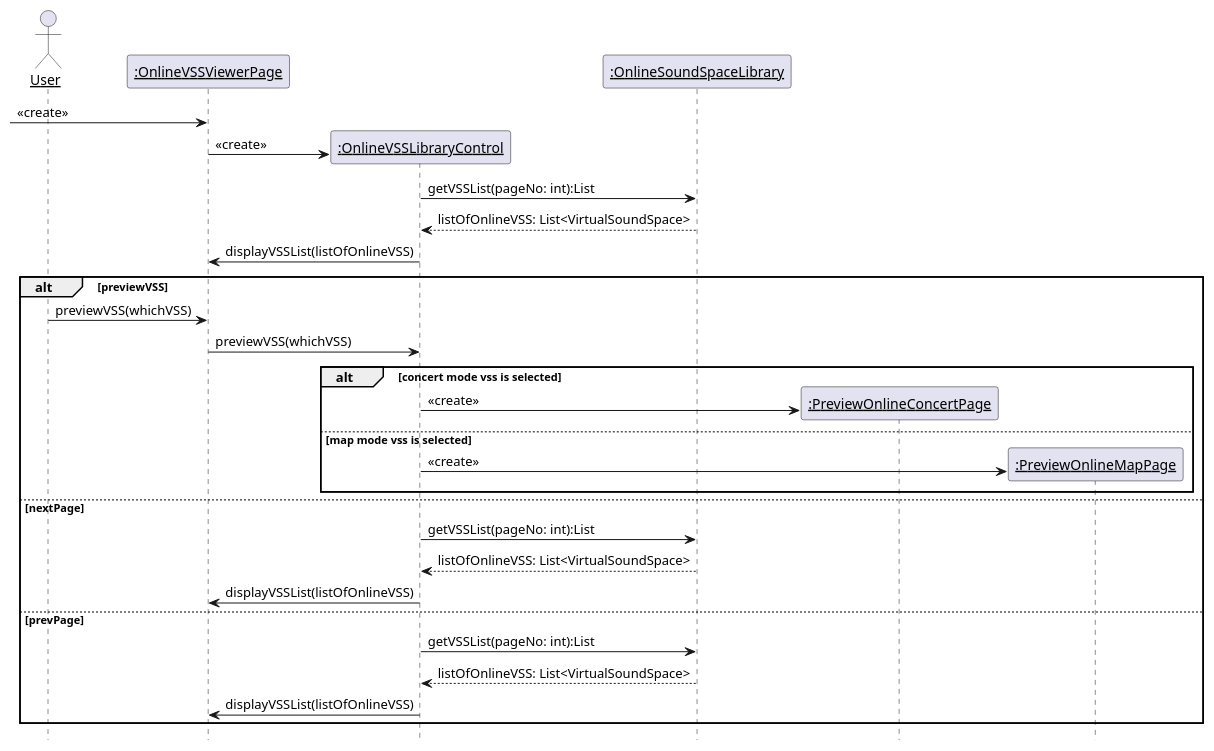
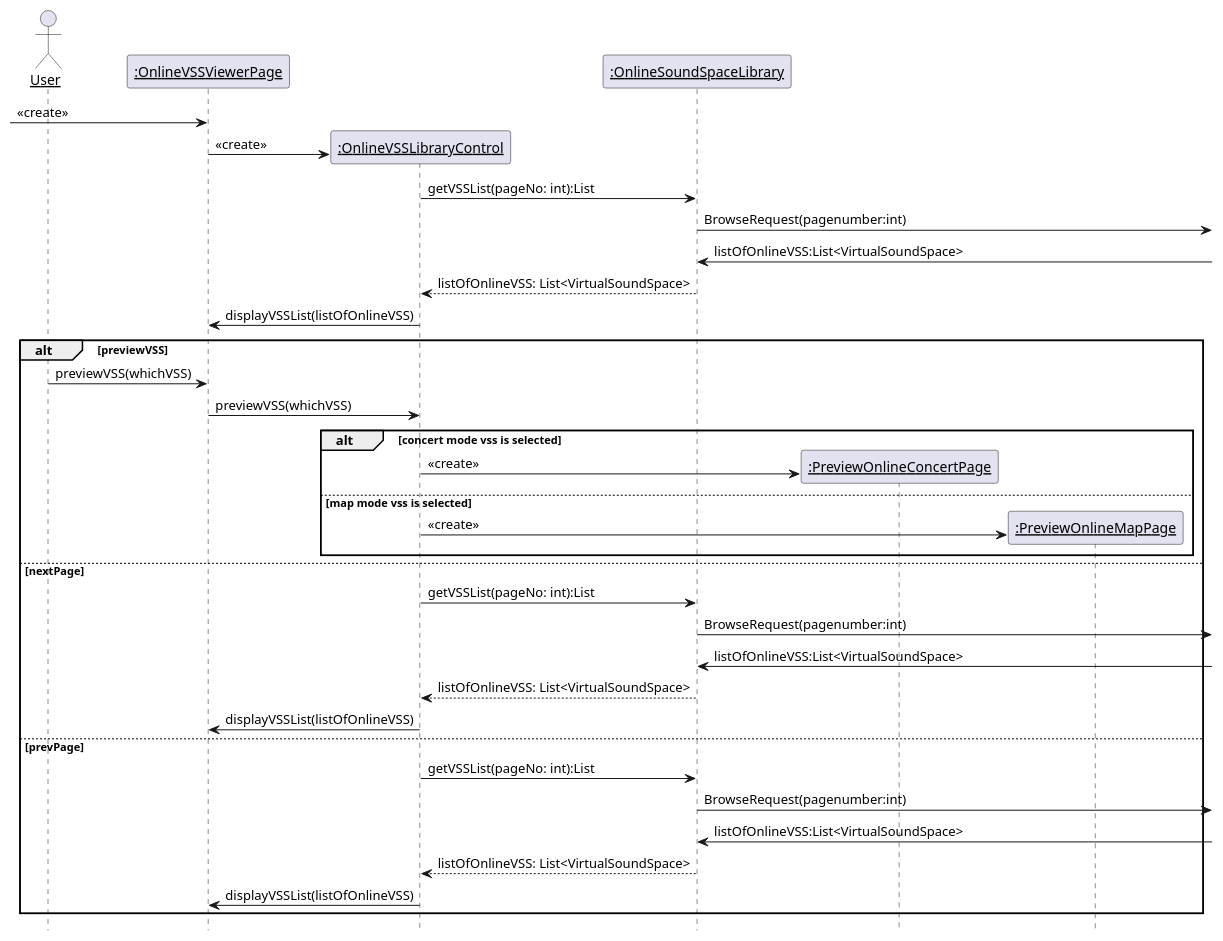
Before and after one commit to kpp19920121/doc: diagram 29 of 31 in 设计/顺序图.md, drawn with PlantUML. The commit also changed other lines of this file, not shown here.

Commit message:
补全了顺序图

````diff
--- a/设计/顺序图.md
+++ b/设计/顺序图.md
@@ -952,44 +1062,50 @@
 ```PlantUML
 @startuml Diagrams/BrowseOnlineVSSLibrary
 hide footbox
 skinparam sequenceParticipant underline
 
 actor User as user
 participant ":OnlineVSSViewerPage" as page
 participant ":OnlineVSSLibraryControl" as control
 participant ":OnlineSoundSpaceLibrary" as library
 
 
 
 create page
 [-> page: <<create>>
 create control
 page -> control: <<create>>
 control -> library: getVSSList(pageNo: int):List
+library->:BrowseRequest(pagenumber:int)
+library<-:listOfOnlineVSS:List<VirtualSoundSpace>
 library --> control: listOfOnlineVSS: List<VirtualSoundSpace>
 control -> page: displayVSSList(listOfOnlineVSS)
 alt previewVSS
     user -> page: previewVSS(whichVSS)
     page -> control: previewVSS(whichVSS)
     alt concert mode vss is selected
         participant ":PreviewOnlineConcertPage" as pocp
         create pocp
         control -> pocp: <<create>>
     else map mode vss is selected
         participant ":PreviewOnlineMapPage" as pomp
         create pomp
         control -> pomp: <<create>>
 
     end
 else nextPage
     control -> library: getVSSList(pageNo: int):List
+    library->:BrowseRequest(pagenumber:int)
+    library<-:listOfOnlineVSS:List<VirtualSoundSpace>
     library --> control: listOfOnlineVSS: List<VirtualSoundSpace>
     control -> page: displayVSSList(listOfOnlineVSS)
 else prevPage
     control -> library: getVSSList(pageNo: int):List
+    library->:BrowseRequest(pagenumber:int)
+    library<-:listOfOnlineVSS:List<VirtualSoundSpace>
     library --> control: listOfOnlineVSS: List<VirtualSoundSpace>
     control -> page: displayVSSList(listOfOnlineVSS)
 end
 
 @enduml
 ```
````
